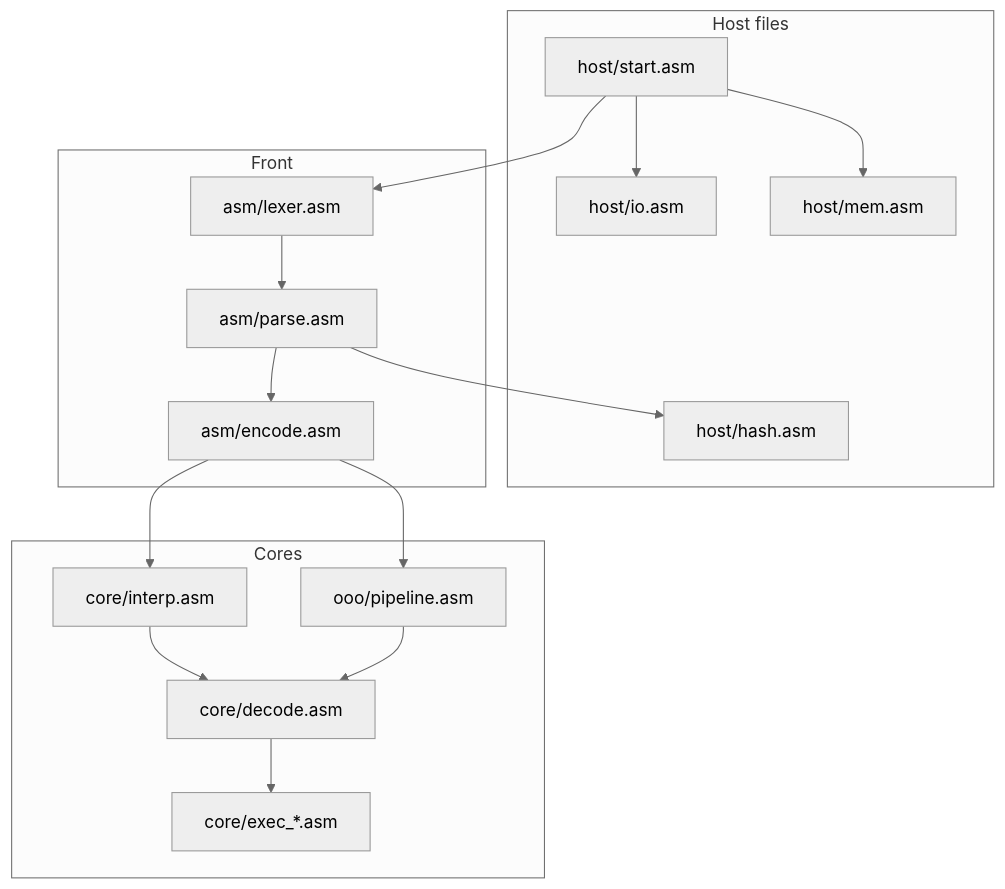
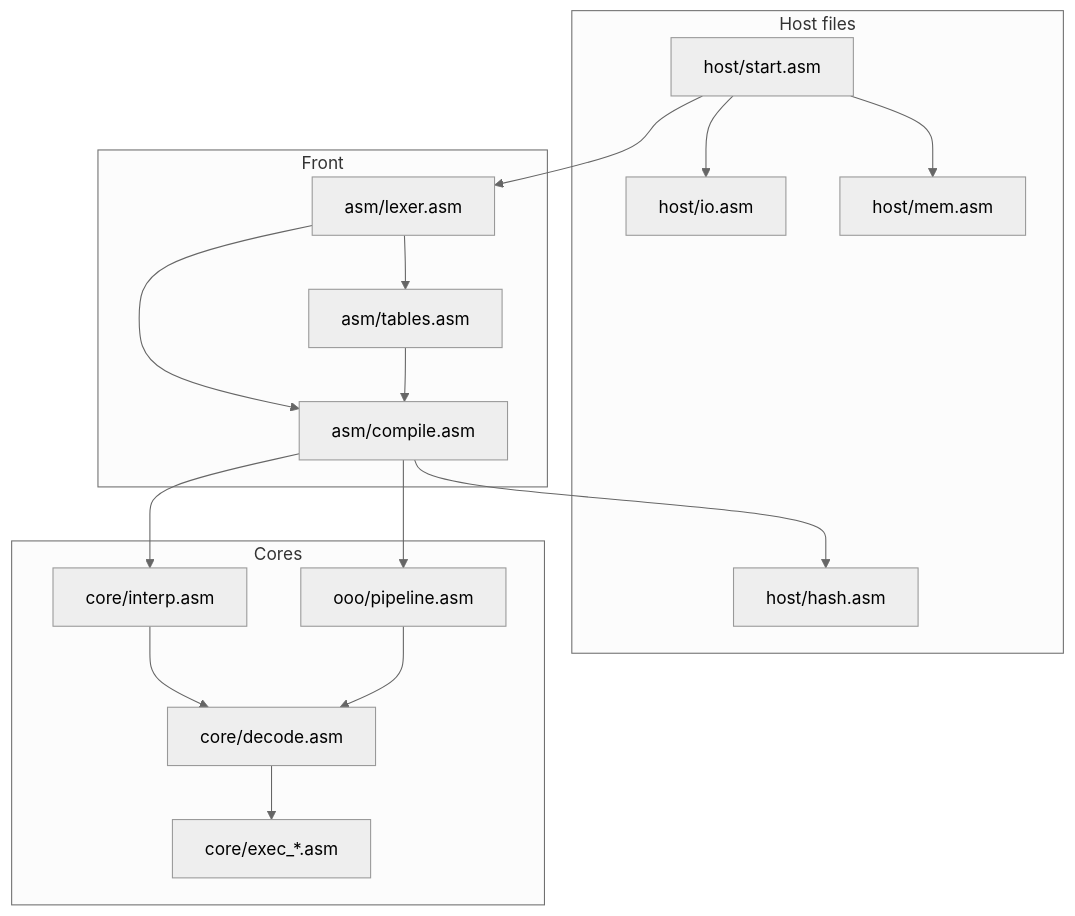
Before and after one commit to Aneesh495/planck: the second of 2 diagrams in docs/ARCHITECTURE.md, drawn with Mermaid (neutral theme). The commit also changed 8 other files, not shown here.

````diff
--- a/docs/ARCHITECTURE.md
+++ b/docs/ARCHITECTURE.md
@@ -139,31 +139,33 @@
 ```mermaid
 flowchart TB
   subgraph Host files
     start[host/start.asm]
     io[host/io.asm]
     arena[host/mem.asm]
     hash[host/hash.asm]
   end
 
   subgraph Front
     lex[asm/lexer.asm]
-    parse[asm/parse.asm]
-    enc[asm/encode.asm]
+    tables[asm/tables.asm]
+    compile[asm/compile.asm]
   end
 
   subgraph Cores
     dec[core/decode.asm]
     ex[core/exec_*.asm]
     interp[core/interp.asm]
     pipe[ooo/pipeline.asm]
   end
 
   start --> arena
-  start --> lex --> parse --> enc
-  enc --> interp
-  enc --> pipe
+  start --> lex --> tables
+  lex --> compile
+  tables --> compile
+  compile --> interp
+  compile --> pipe
   interp --> dec --> ex
   pipe --> dec
   start --> io
-  parse --> hash
+  compile --> hash
 ```
````
